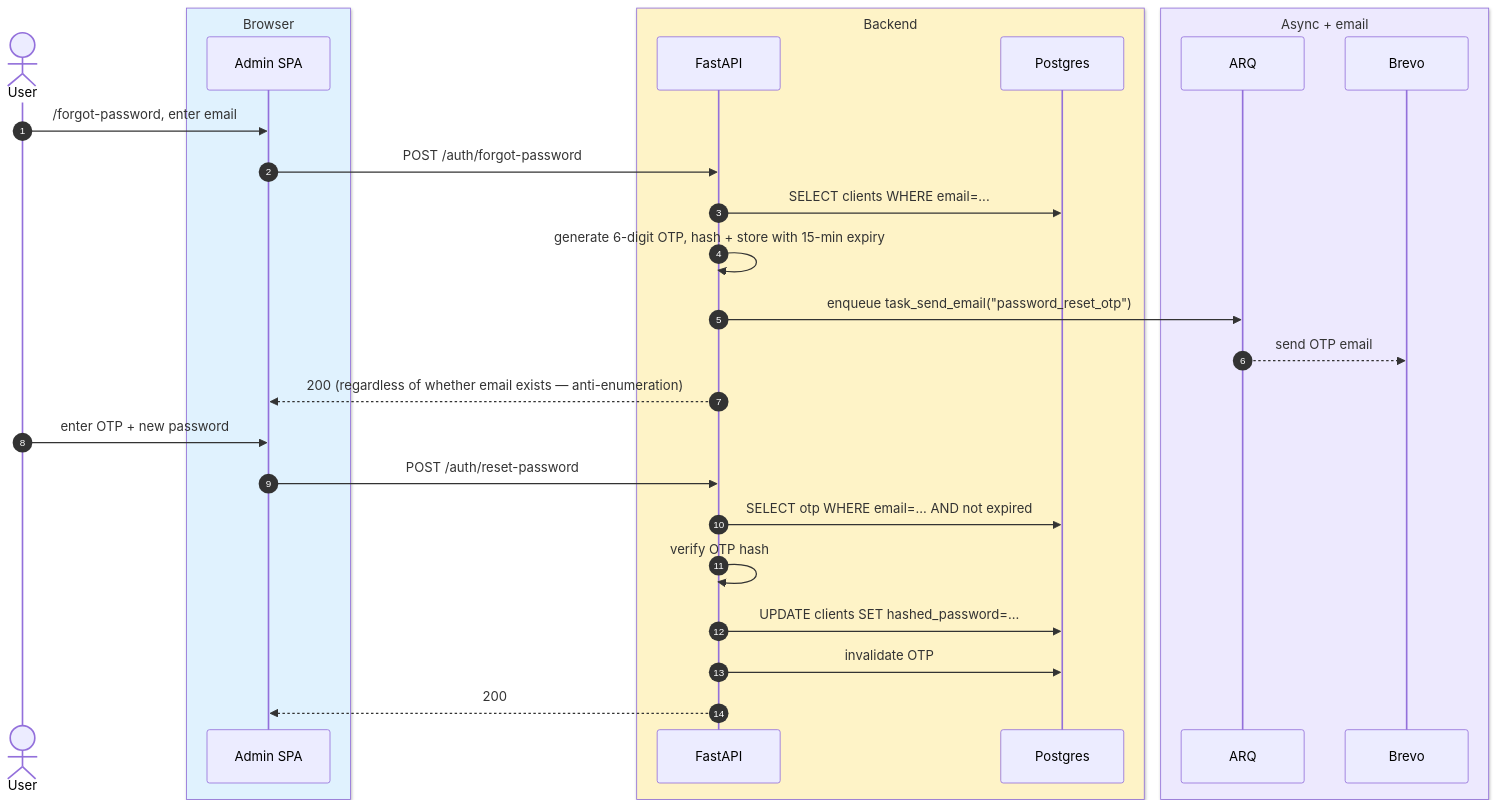
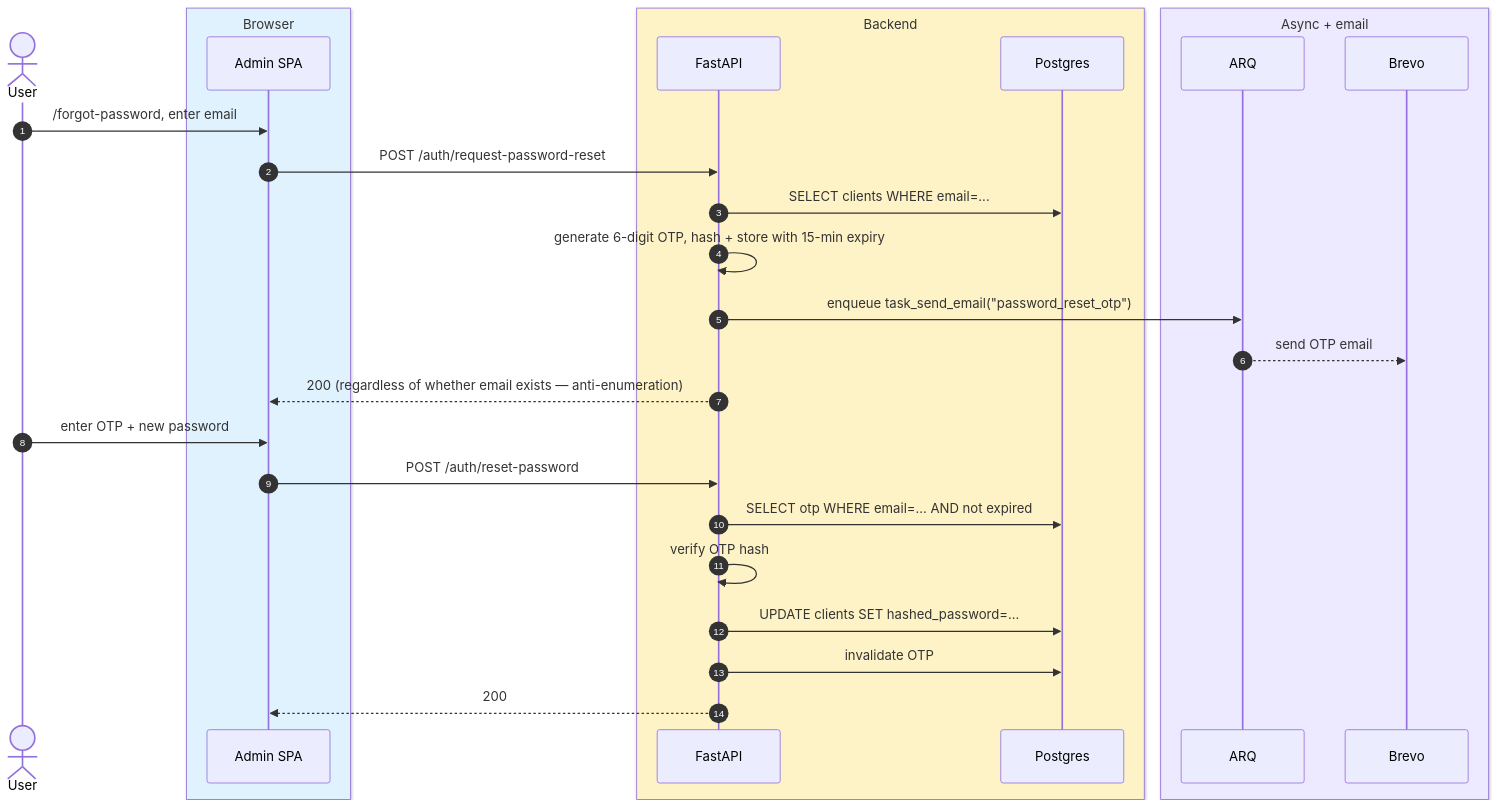
One commit to digibranders/oye-chats-platform changed the third of 4 diagrams in docs/system-design/docs/04-flows/auth-flows.md. Above: the diagram before and after it, drawn with Mermaid. The commit also changed other lines of this file and 35 other files, not shown here.

First line of the commit message:
docs(system-design): the architecture site described a system two rewrites old

````diff
--- a/docs/system-design/docs/04-flows/auth-flows.md
+++ b/docs/system-design/docs/04-flows/auth-flows.md
@@ -69,32 +69,32 @@
 ```mermaid
 sequenceDiagram
     autonumber
     actor User
     box rgb(224,242,254) Browser
       participant Admin as Admin SPA
     end
     box rgb(254,243,199) Backend
       participant API as FastAPI
       participant DB as Postgres
     end
     box rgb(237,233,254) Async + email
       participant Worker as ARQ
       participant Brevo
     end
 
     User->>Admin: /forgot-password, enter email
-    Admin->>API: POST /auth/forgot-password
+    Admin->>API: POST /auth/request-password-reset
     API->>DB: SELECT clients WHERE email=...
     API->>API: generate 6-digit OTP, hash + store with 15-min expiry
     API->>Worker: enqueue task_send_email("password_reset_otp")
     Worker-->>Brevo: send OTP email
     API-->>Admin: 200 (regardless of whether email exists — anti-enumeration)
 
     User->>Admin: enter OTP + new password
     Admin->>API: POST /auth/reset-password
     API->>DB: SELECT otp WHERE email=... AND not expired
     API->>API: verify OTP hash
     API->>DB: UPDATE clients SET hashed_password=...
     API->>DB: invalidate OTP
     API-->>Admin: 200
 ```
````
